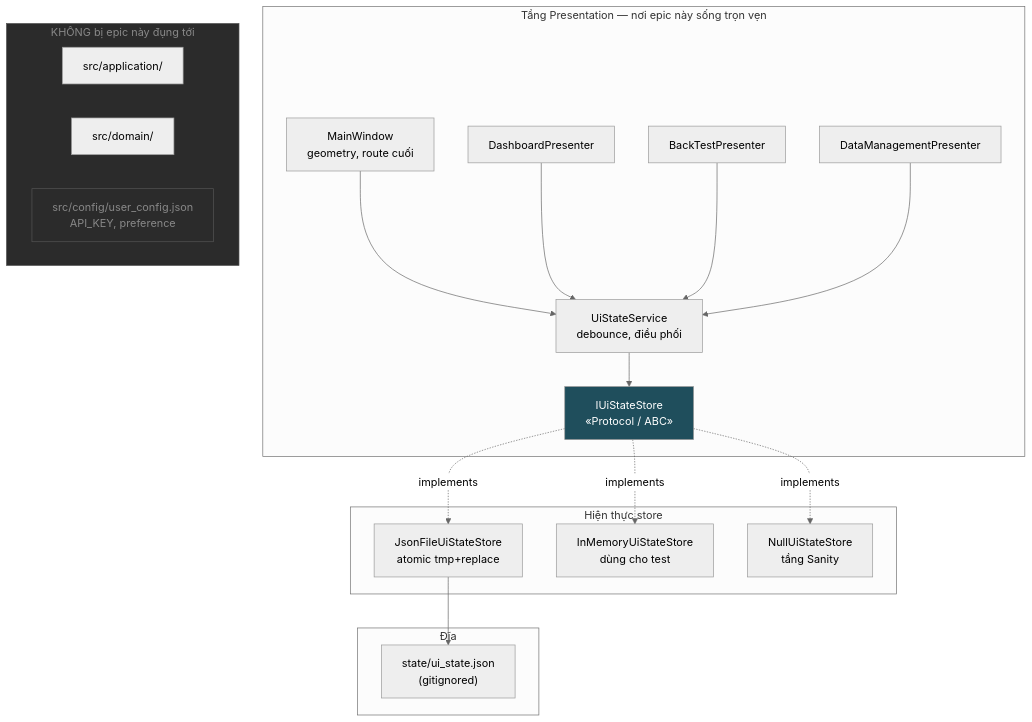
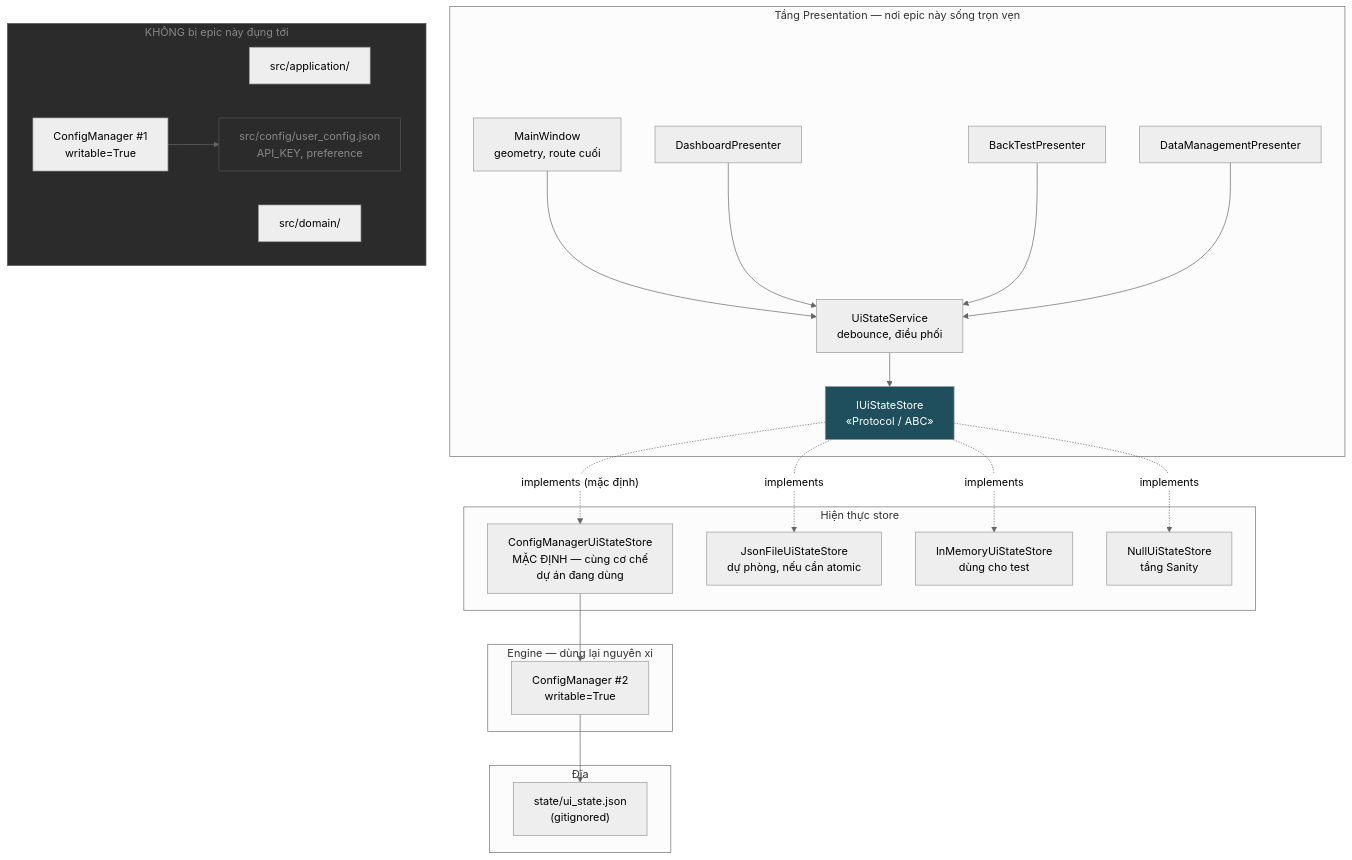
The fifth of 12 diagrams in Tasks/epics/EPIC-010_ghi_nho_gia_tri_cuoi/design/DESIGN_2026-08-25_ui_state_persistence.md (anhembedded/Sagittarius_Elite_Warrior), drawn with Mermaid (neutral theme) before and after one commit. The commit also changed other lines of this file and 2 other files, not shown here.

````diff
--- a/Tasks/epics/EPIC-010_ghi_nho_gia_tri_cuoi/design/DESIGN_2026-08-25_ui_state_persistence.md
+++ b/Tasks/epics/EPIC-010_ghi_nho_gia_tri_cuoi/design/DESIGN_2026-08-25_ui_state_persistence.md
@@ -401,41 +509,50 @@
 ```mermaid
 graph TB
     subgraph PRES["Tầng Presentation — nơi epic này sống trọn vẹn"]
         MW["MainWindow<br/>geometry, route cuối"]
         DP["DashboardPresenter"]
         BP["BackTestPresenter"]
         DMP["DataManagementPresenter"]
         SVC["UiStateService<br/>debounce, điều phối"]
         PORT["IUiStateStore<br/>«Protocol / ABC»"]
     end
 
     subgraph INFRA["Hiện thực store"]
-        JSON["JsonFileUiStateStore<br/>atomic tmp+replace"]
+        CMS["ConfigManagerUiStateStore<br/>MẶC ĐỊNH — cùng cơ chế<br/>dự án đang dùng"]
+        JSON["JsonFileUiStateStore<br/>dự phòng, nếu cần atomic"]
         MEM["InMemoryUiStateStore<br/>dùng cho test"]
         NULL["NullUiStateStore<br/>tầng Sanity"]
+    end
+
+    subgraph ENG["Engine — dùng lại nguyên xi"]
+        CM2["ConfigManager #2<br/>writable=True"]
     end
 
     subgraph DISK["Đĩa"]
         F["state/ui_state.json<br/>(gitignored)"]
     end
 
     subgraph UNTOUCHED["KHÔNG bị epic này đụng tới"]
         APP["src/application/"]
         DOM["src/domain/"]
+        CM1["ConfigManager #1<br/>writable=True"]
         CFG["src/config/user_config.json<br/>API_KEY, preference"]
     end
 
     MW --> SVC
     DP --> SVC
     BP --> SVC
     DMP --> SVC
     SVC --> PORT
+    PORT -.->|"implements (mặc định)"| CMS
     PORT -.->|implements| JSON
     PORT -.->|implements| MEM
     PORT -.->|implements| NULL
-    JSON --> F
+    CMS --> CM2
+    CM2 --> F
+    CM1 --> CFG
 
     style UNTOUCHED fill:#2B2B2B,color:#888,stroke:#555
     style CFG fill:#2B2B2B,color:#888,stroke:#555
     style PORT fill:#1F4E5C,color:#fff
 ```
````
